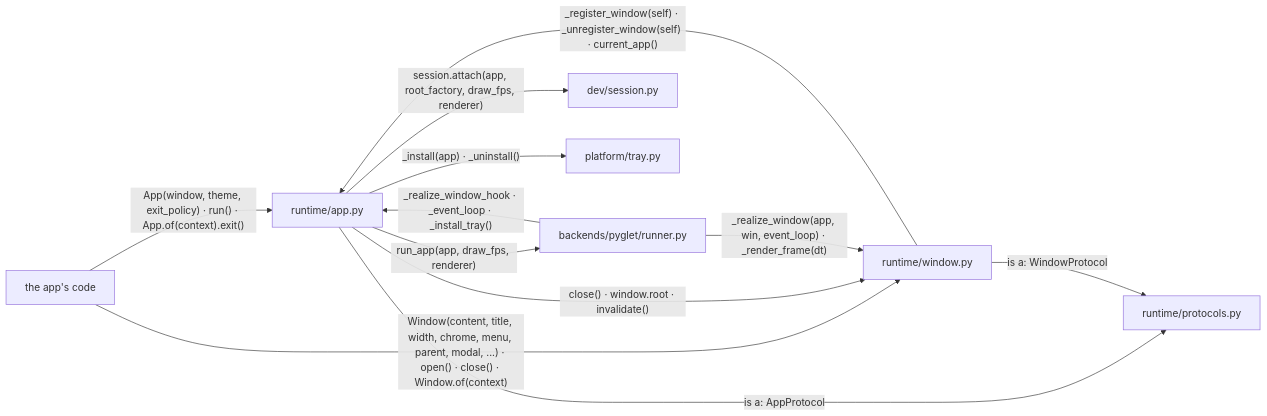
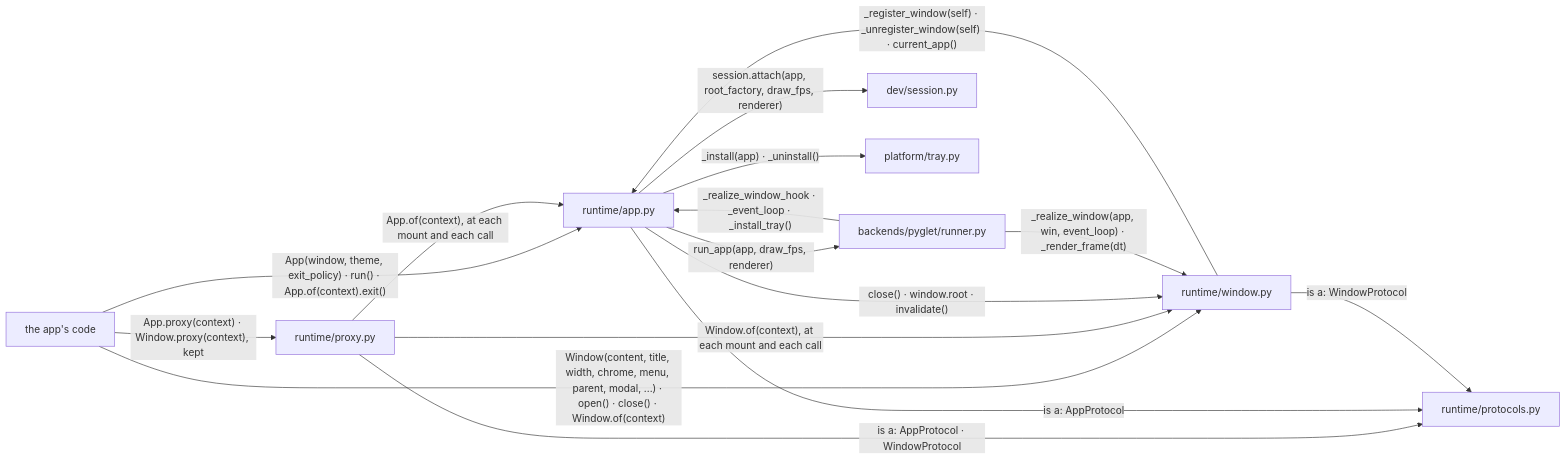
One commit to yuksblog/nuiitivet changed the first of 7 diagrams in docs/design/APP_WINDOW.md. Above: the diagram before and after it, drawn with Mermaid. The commit also changed other lines of this file and 41 other files, not shown here.

````diff
--- a/docs/design/APP_WINDOW.md
+++ b/docs/design/APP_WINDOW.md
@@ -14,22 +14,27 @@
 ```mermaid
 flowchart LR
     app[runtime/app.py]
     window[runtime/window.py]
     runner[backends/pyglet/runner.py]
     protocols[runtime/protocols.py]
+    proxy[runtime/proxy.py]
     session[dev/session.py]
     tray[platform/tray.py]
     code[the app's code]
 
     code -- "App(window, theme, exit_policy) · run() · App.of(context).exit()" --> app
     code -- "Window(content, title, width, chrome, menu, parent, modal, ...) · open() · close() · Window.of(context)" --> window
+    code -- "App.proxy(context) · Window.proxy(context), kept" --> proxy
+    proxy -- "App.of(context), at each mount and each call" --> app
+    proxy -- "Window.of(context), at each mount and each call" --> window
+    proxy -- "is a: AppProtocol · WindowProtocol" --> protocols
     window -- "_register_window(self) · _unregister_window(self) · current_app()" --> app
     app -- "close() · window.root · invalidate()" --> window
     app -- "run_app(app, draw_fps, renderer)" --> runner
     runner -- "_realize_window(app, win, event_loop) · _render_frame(dt)" --> window
     runner -- "_realize_window_hook · _event_loop · _install_tray()" --> app
     app -- "session.attach(app, root_factory, draw_fps, renderer)" --> session
     app -- "is a: AppProtocol" --> protocols
     window -- "is a: WindowProtocol" --> protocols
     app -- "_install(app) · _uninstall()" --> tray
 ```
````
